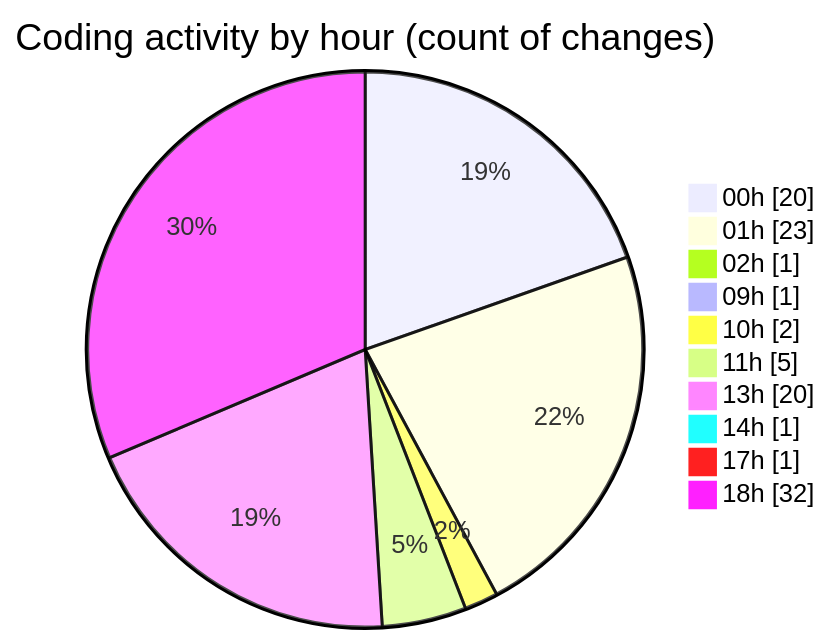
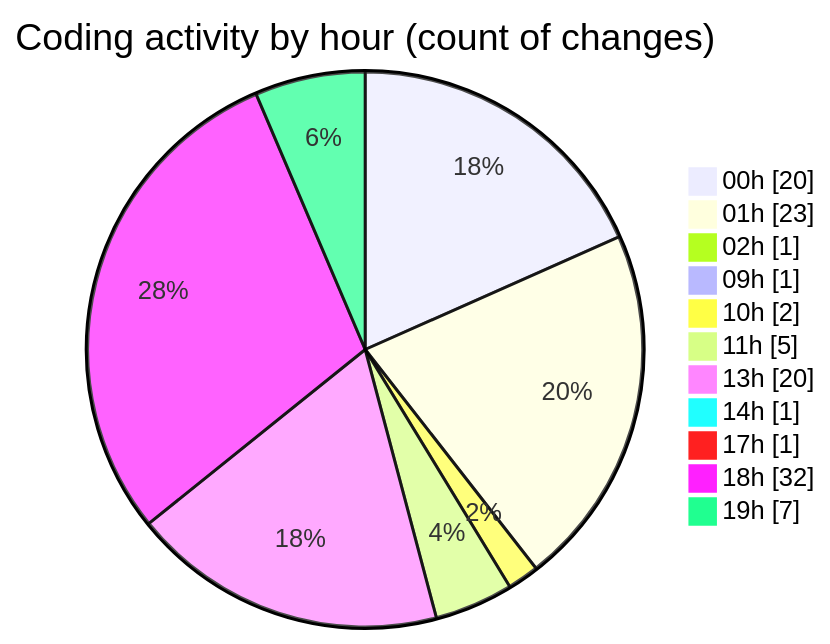
Before and after one commit to julien-gomy/code-tracking: the second of 2 diagrams in 2025-10-16/eventscop-frontend-guide__workspace_/README.md, drawn with Mermaid. The commit also changed other lines of this file and 1 other file, not shown here.

````diff
--- a/2025-10-16/eventscop-frontend-guide__workspace_/README.md
+++ b/2025-10-16/eventscop-frontend-guide__workspace_/README.md
@@ -58,14 +61,15 @@
 ```mermaid
 pie showData
 title Coding activity by hour (count of changes)
 "00h" : 20
 "01h" : 23
 "02h" : 1
 "09h" : 1
 "10h" : 2
 "11h" : 5
 "13h" : 20
 "14h" : 1
 "17h" : 1
 "18h" : 32
+"19h" : 7
 ```
````
